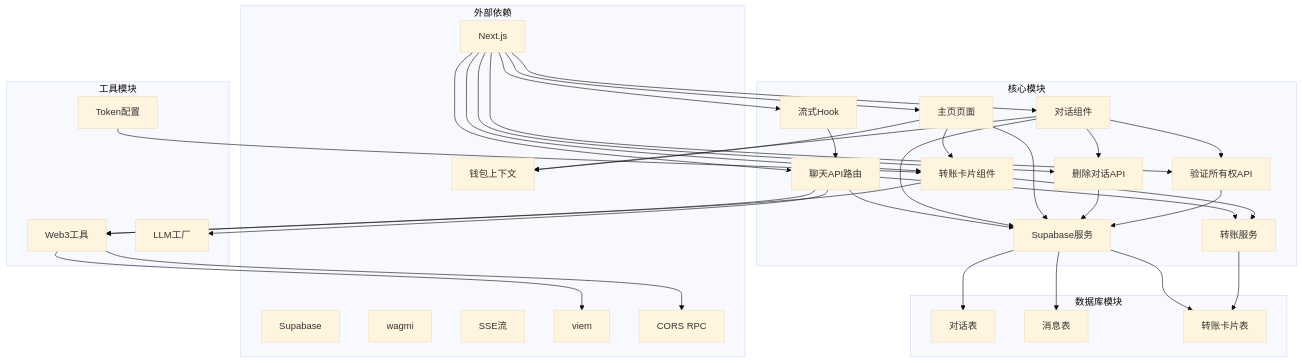
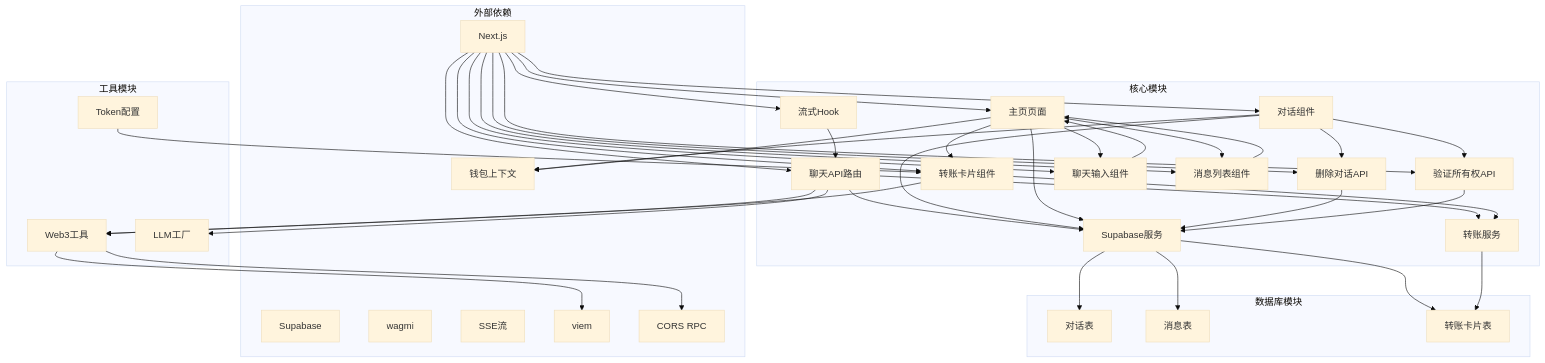
One commit to CryptoLinxu/Web3-AI-Agent changed diagram 23 of 23 in .qoder/repowiki/zh/content/核心技能详解/对话持久化系统.md. Above: the diagram before and after it, drawn with Mermaid (base theme). The commit also changed other lines of this file and 9 other files, not shown here.

````diff
--- a/.qoder/repowiki/zh/content/核心技能详解/对话持久化系统.md
+++ b/.qoder/repowiki/zh/content/核心技能详解/对话持久化系统.md
@@ -806,63 +957,71 @@
 ```mermaid
 graph TB
 subgraph "外部依赖"
 A[Next.js]
 B[Supabase]
 C[wagmi]
 D[SSE流]
 E[钱包上下文]
 F[viem]
 G[CORS RPC]
 end
 subgraph "核心模块"
 H[聊天API路由]
 I[流式Hook]
 J[对话组件]
 K[Supabase服务]
 L[转账服务]
 M[主页页面]
 N[转账卡片组件]
 O[删除对话API]
 P[验证所有权API]
+Q[聊天输入组件]
+R[消息列表组件]
 end
 subgraph "工具模块"
-Q[Web3工具]
-R[LLM工厂]
-S[Token配置]
+S[Web3工具]
+T[LLM工厂]
+U[Token配置]
 end
 subgraph "数据库模块"
-T[对话表]
-U[消息表]
-V[转账卡片表]
+V[对话表]
+W[消息表]
+X[转账卡片表]
 end
 A --> H
 A --> I
 A --> J
 A --> M
 A --> N
 A --> O
 A --> P
+A --> Q
+A --> R
 H --> K
 H --> L
-H --> Q
-H --> R
+H --> S
+H --> T
 I --> H
 J --> K
 J --> E
 J --> O
 J --> P
-K --> T
-K --> U
 K --> V
-L --> V
+K --> W
+K --> X
+L --> X
 M --> E
 M --> K
 M --> N
+M --> Q
+M --> R
 N --> L
-N --> Q
+N --> S
 O --> K
 P --> K
-Q --> F
-Q --> G
-S --> N
+Q --> M
+R --> M
+S --> F
+S --> G
+U --> N
 ```
````
